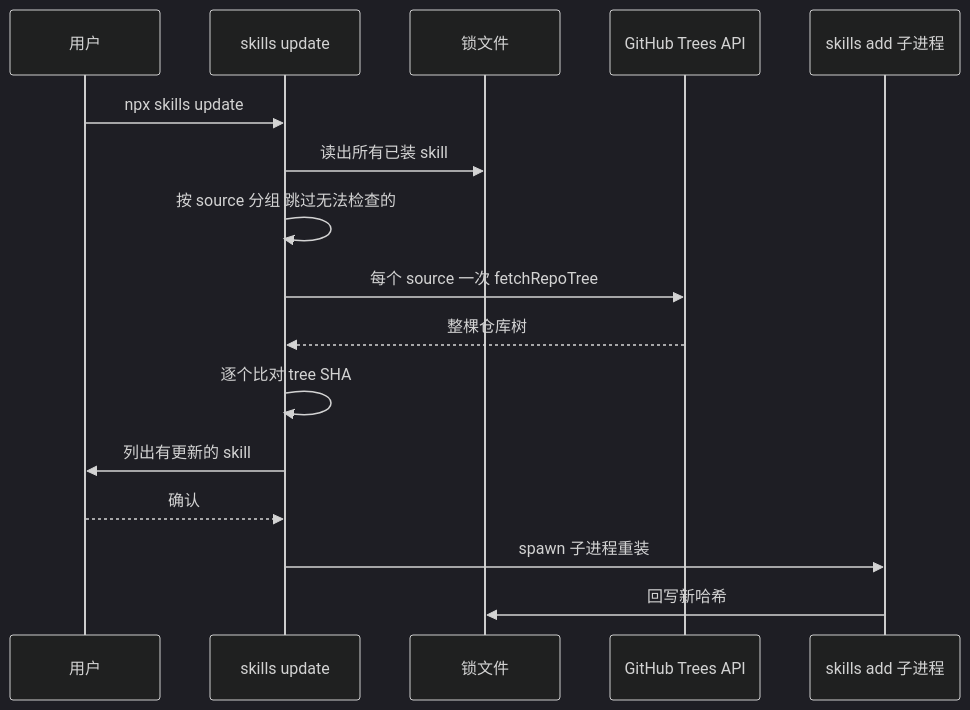
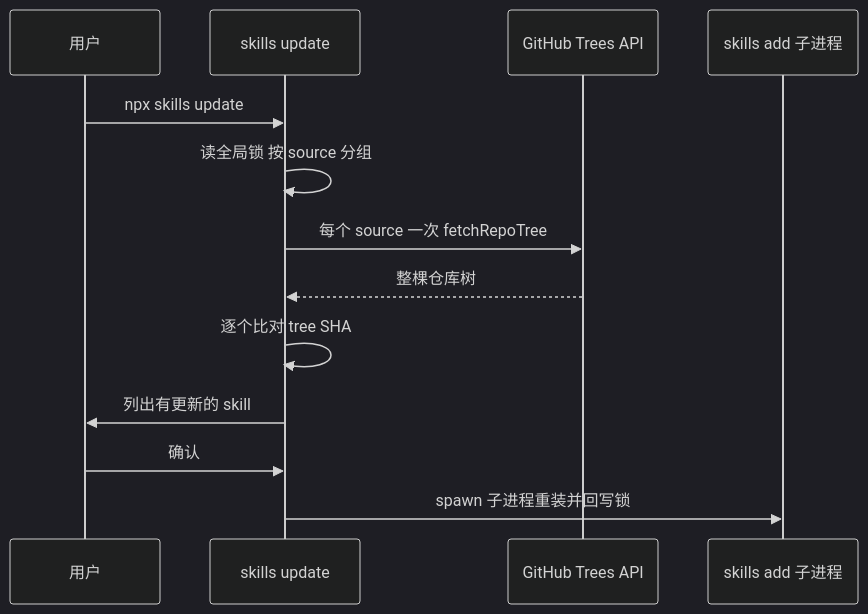
Before and after one commit to diguike/book-source-reading: the fourth of 6 diagrams in book/07-vercel-skills.md, drawn with Mermaid (dark theme). The commit also changed other lines of this file and 27 other files, not shown here.

````diff
--- a/book/07-vercel-skills.md
+++ b/book/07-vercel-skills.md
@@ -547,19 +554,16 @@
 ```mermaid
 sequenceDiagram
     participant U as 用户
     participant C as skills update
-    participant L as 锁文件
     participant G as GitHub Trees API
     participant A as skills add 子进程
 
     U->>C: npx skills update
-    C->>L: 读出所有已装 skill
-    C->>C: 按 source 分组 跳过无法检查的
+    C->>C: 读全局锁 按 source 分组
     C->>G: 每个 source 一次 fetchRepoTree
     G-->>C: 整棵仓库树
     C->>C: 逐个比对 tree SHA
     C->>U: 列出有更新的 skill
-    U-->>C: 确认
-    C->>A: spawn 子进程重装
-    A->>L: 回写新哈希
+    U->>C: 确认
+    C->>A: spawn 子进程重装并回写锁
 ```
````
